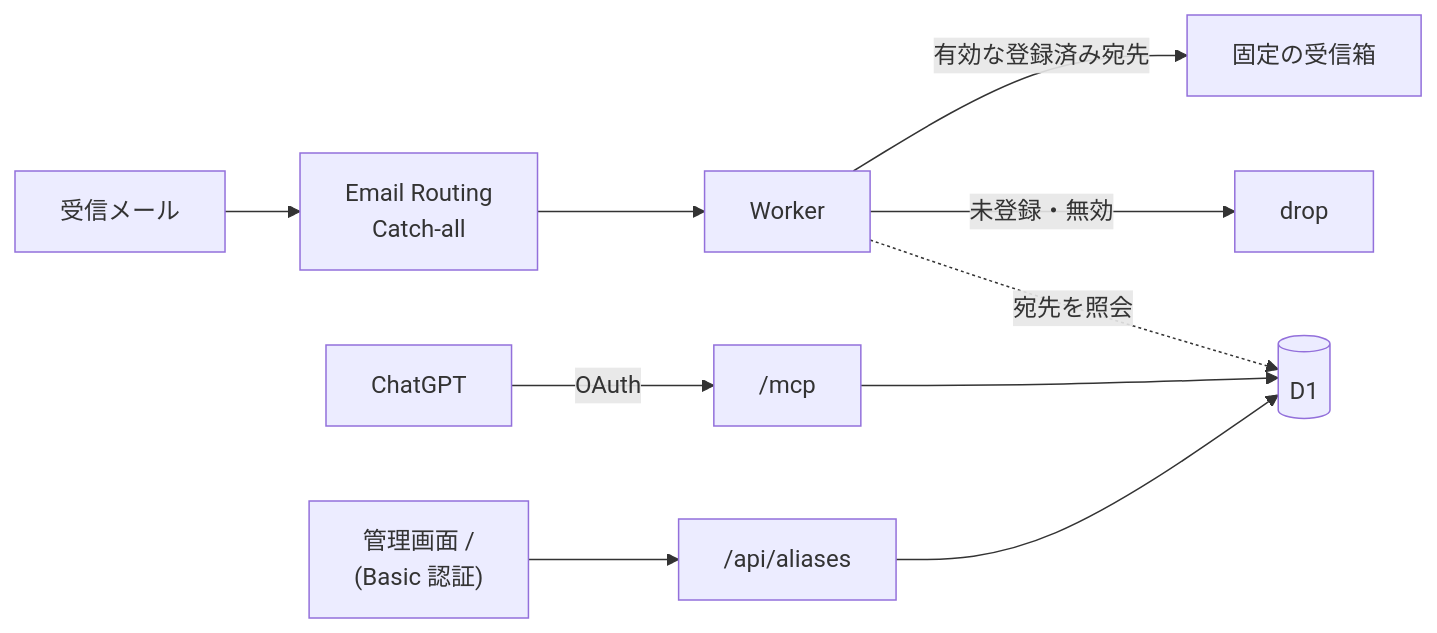
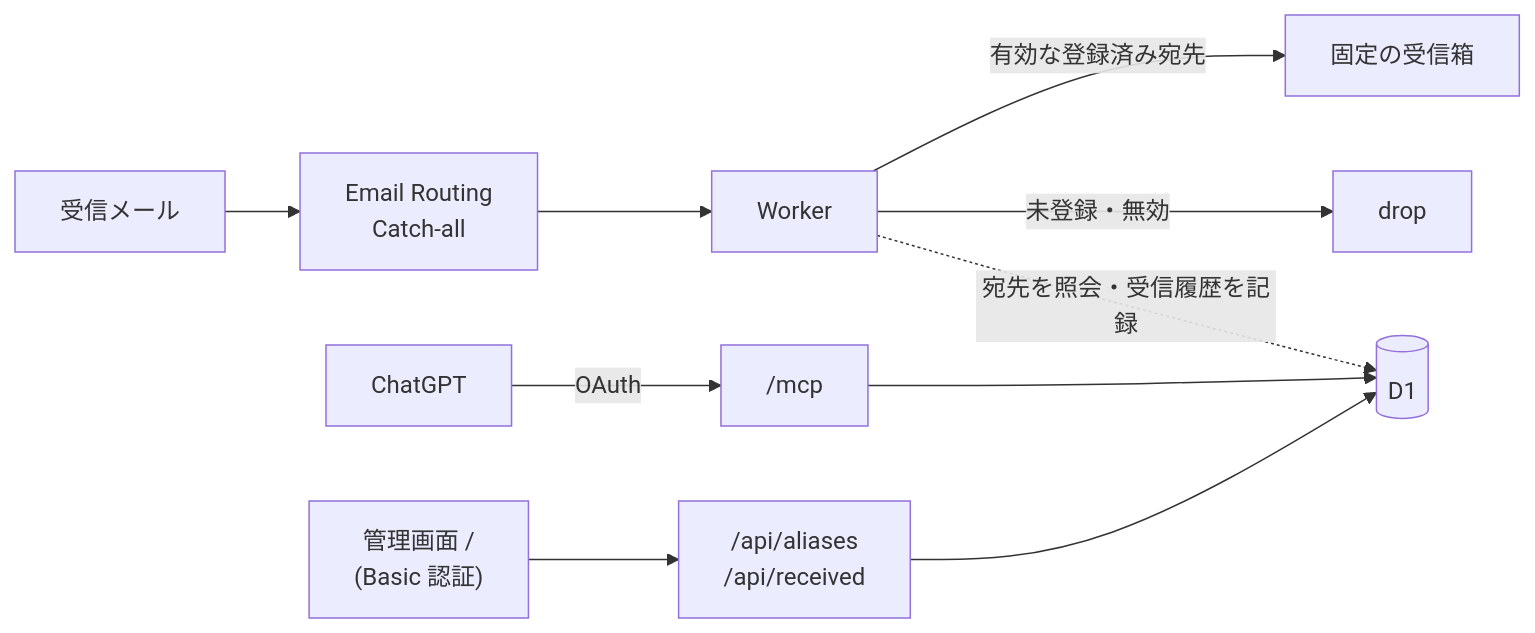
One commit to trpfrog/email-aliases changed the diagram in README.md. Above: the diagram before and after it, drawn with Mermaid. The commit also changed other lines of this file and 1 other file, not shown here.

First line of the commit message:
docs: describe the received email history

````diff
--- a/README.md
+++ b/README.md
@@ -6,13 +6,13 @@
 ```mermaid
 flowchart LR
   Mail[受信メール] --> Routing[Email Routing<br/>Catch-all]
   Routing --> Worker
   Worker -->|有効な登録済み宛先| Inbox[固定の受信箱]
   Worker -->|未登録・無効| Drop[drop]
 
   ChatGPT -->|OAuth| MCP["/mcp"]
-  Admin["管理画面 /<br/>(Basic 認証)"] --> API["/api/aliases"]
+  Admin["管理画面 /<br/>(Basic 認証)"] --> API["/api/aliases<br/>/api/received"]
   MCP --> D1[(D1)]
   API --> D1
-  Worker -.->|宛先を照会| D1
+  Worker -.->|宛先を照会・受信履歴を記録| D1
 ```
````
